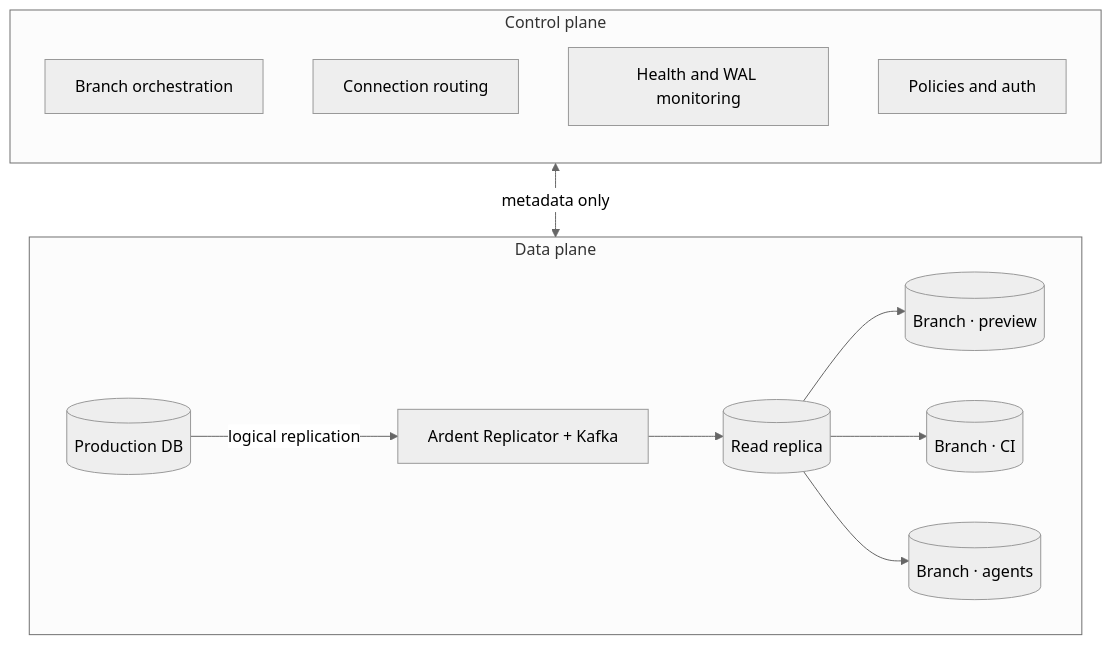
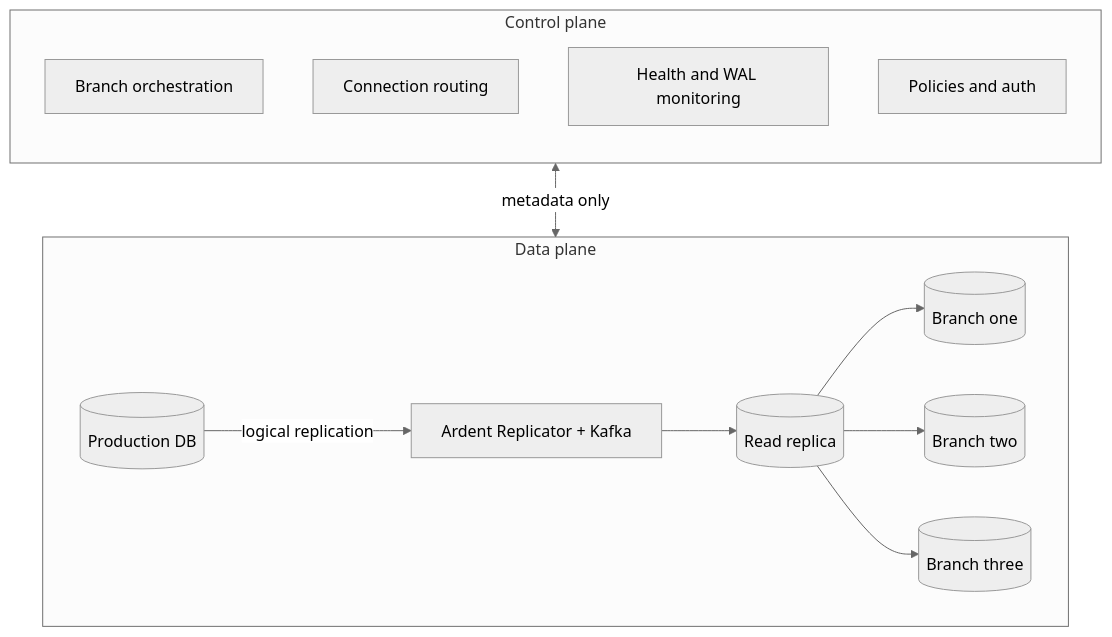
Before and after one commit to ArdentAILabs/docs: the diagram in architecture.mdx, drawn with Mermaid (neutral theme).

Commit message:
docs(architecture): generic branch labels in diagram (one/two/three)
Made-with: Cursor

````diff
--- a/architecture.mdx
+++ b/architecture.mdx
@@ -15,19 +15,19 @@
 ```mermaid actions={false}
 flowchart TB
     subgraph CP["Control plane"]
         direction TB
         ORCH["Branch orchestration"]
         ROUTE["Connection routing"]
         HEALTH["Health and WAL monitoring"]
         POL["Policies and auth"]
     end
     subgraph DP["Data plane"]
         direction LR
         PROD[("Production DB")] -->|logical replication| AR["Ardent Replicator + Kafka"]
         AR --> REP[("Read replica")]
-        REP --> B1[("Branch · preview")]
-        REP --> B2[("Branch · CI")]
-        REP --> B3[("Branch · agents")]
+        REP --> B1[("Branch one")]
+        REP --> B2[("Branch two")]
+        REP --> B3[("Branch three")]
     end
     CP <-->|metadata only| DP
 ```
````
